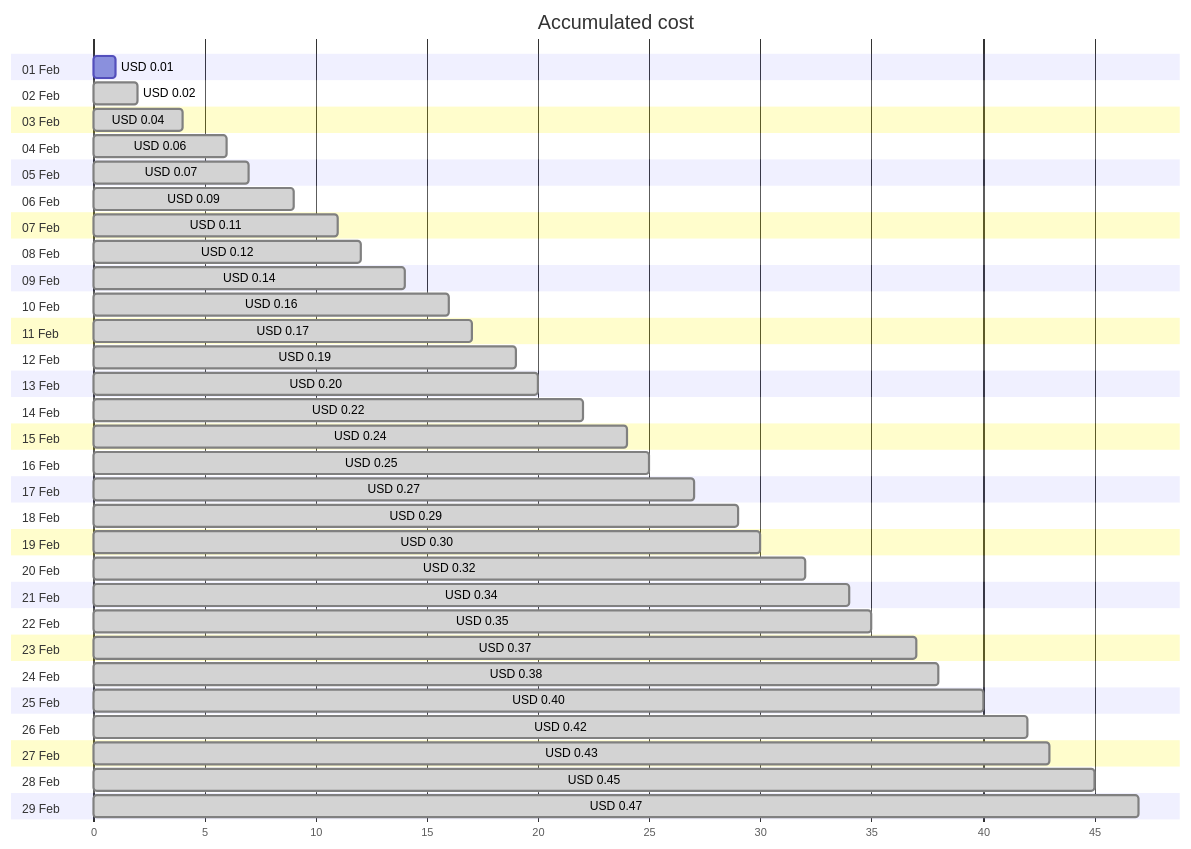
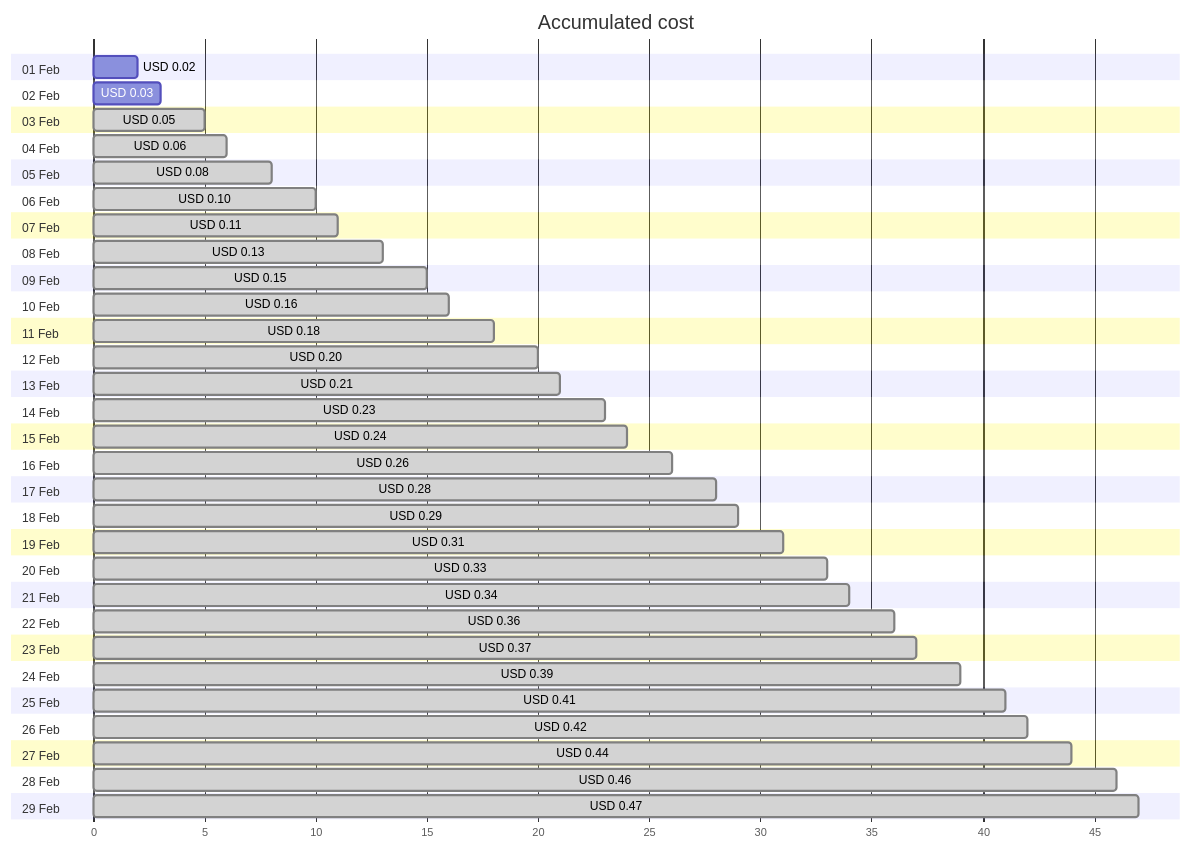
The first of 4 diagrams in cost-reports/personal-dns/jpatrickfulton.dev.md (jpfulton/azure-personal-reports), drawn with Mermaid before and after one commit. The commit also changed other lines of this file and 2 other files, not shown here.

Commit message:
Generated reports [skip ci]

````diff
--- a/cost-reports/personal-dns/jpatrickfulton.dev.md
+++ b/cost-reports/personal-dns/jpatrickfulton.dev.md
@@ -20,64 +20,64 @@
 ```mermaid
 gantt
    title Accumulated cost
    dateFormat  X
    axisFormat %s
    section 01 Feb
-   USD 0.01 :0, 1
+   USD 0.02 :0, 2
    section 02 Feb
-   USD 0.02 : done, 0, 2
+   USD 0.03 :0, 3
    section 03 Feb
-   USD 0.04 : done, 0, 4
+   USD 0.05 : done, 0, 5
    section 04 Feb
    USD 0.06 : done, 0, 6
    section 05 Feb
-   USD 0.07 : done, 0, 7
+   USD 0.08 : done, 0, 8
    section 06 Feb
-   USD 0.09 : done, 0, 9
+   USD 0.10 : done, 0, 10
    section 07 Feb
    USD 0.11 : done, 0, 11
    section 08 Feb
-   USD 0.12 : done, 0, 12
+   USD 0.13 : done, 0, 13
    section 09 Feb
-   USD 0.14 : done, 0, 14
+   USD 0.15 : done, 0, 15
    section 10 Feb
    USD 0.16 : done, 0, 16
    section 11 Feb
-   USD 0.17 : done, 0, 17
+   USD 0.18 : done, 0, 18
    section 12 Feb
-   USD 0.19 : done, 0, 19
+   USD 0.20 : done, 0, 20
    section 13 Feb
-   USD 0.20 : done, 0, 20
+   USD 0.21 : done, 0, 21
    section 14 Feb
-   USD 0.22 : done, 0, 22
+   USD 0.23 : done, 0, 23
    section 15 Feb
    USD 0.24 : done, 0, 24
    section 16 Feb
-   USD 0.25 : done, 0, 25
+   USD 0.26 : done, 0, 26
    section 17 Feb
-   USD 0.27 : done, 0, 27
+   USD 0.28 : done, 0, 28
    section 18 Feb
    USD 0.29 : done, 0, 29
    section 19 Feb
-   USD 0.30 : done, 0, 30
+   USD 0.31 : done, 0, 31
    section 20 Feb
-   USD 0.32 : done, 0, 32
+   USD 0.33 : done, 0, 33
    section 21 Feb
    USD 0.34 : done, 0, 34
    section 22 Feb
-   USD 0.35 : done, 0, 35
+   USD 0.36 : done, 0, 36
    section 23 Feb
    USD 0.37 : done, 0, 37
    section 24 Feb
-   USD 0.38 : done, 0, 38
+   USD 0.39 : done, 0, 39
    section 25 Feb
-   USD 0.40 : done, 0, 40
+   USD 0.41 : done, 0, 41
    section 26 Feb
    USD 0.42 : done, 0, 42
    section 27 Feb
-   USD 0.43 : done, 0, 43
+   USD 0.44 : done, 0, 44
    section 28 Feb
-   USD 0.45 : done, 0, 45
+   USD 0.46 : done, 0, 46
    section 29 Feb
    USD 0.47 : done, 0, 47
 ```
````
